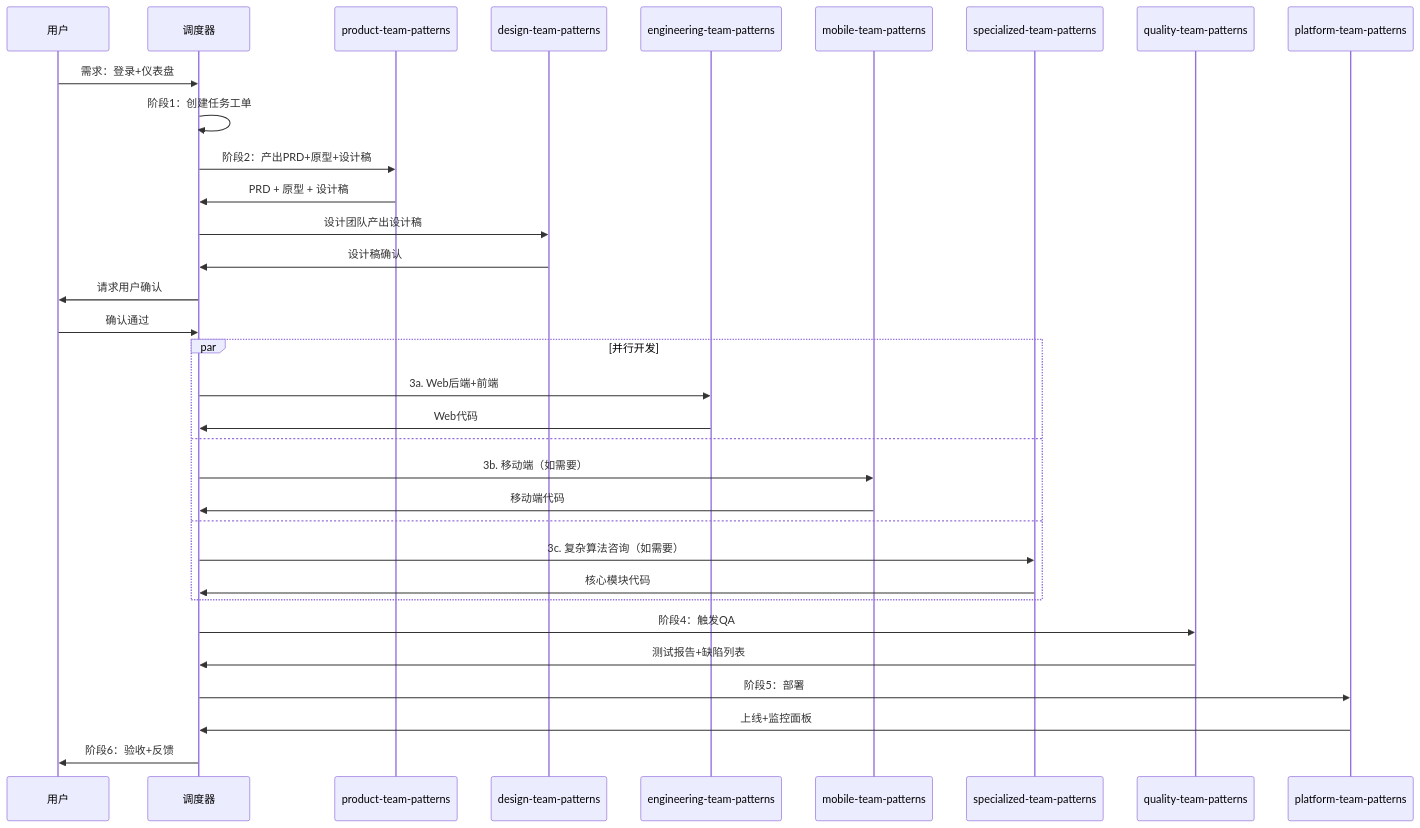
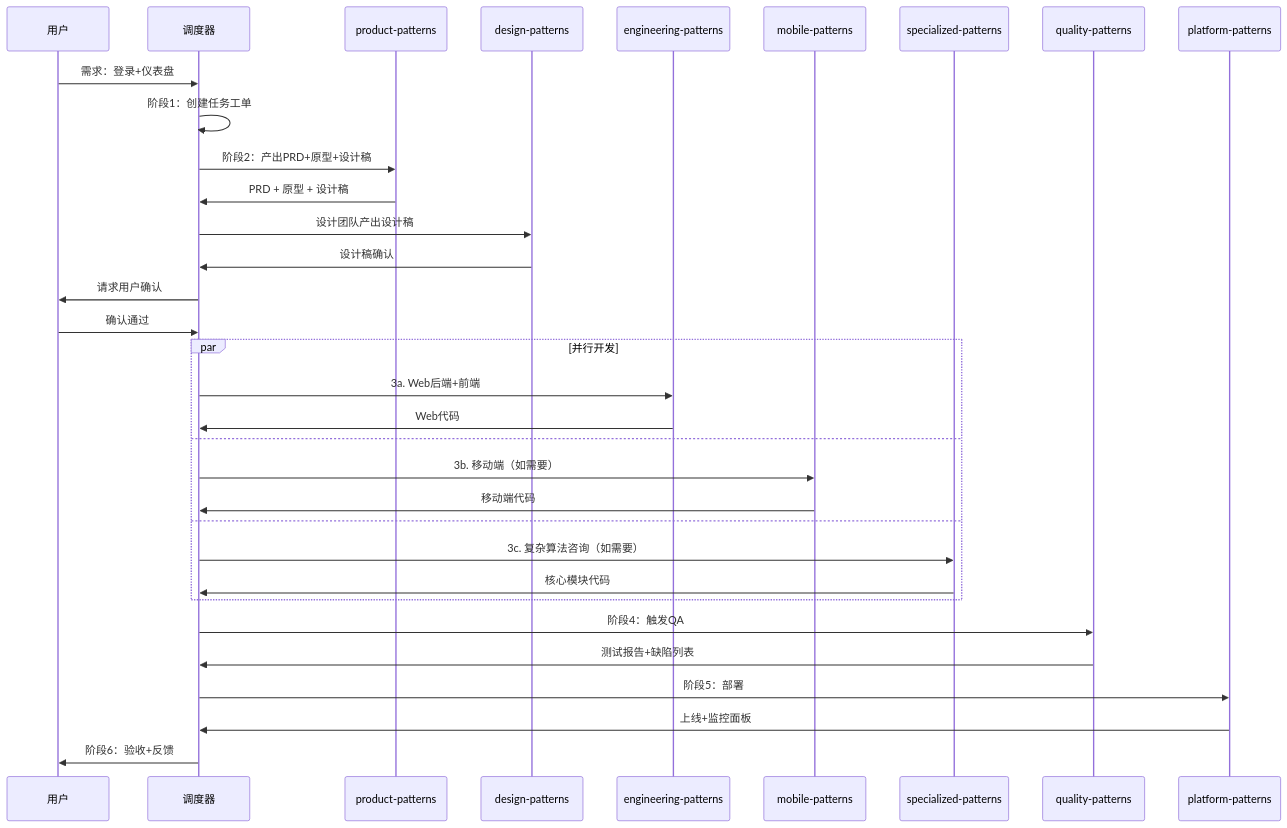
Before and after one commit to Tooooommy/Trae-Workflow: the second of 2 diagrams in agents/orchestrator.md, drawn with Mermaid. The commit also changed other lines of this file and 17 other files, not shown here.

````diff
--- a/agents/orchestrator.md
+++ b/agents/orchestrator.md
@@ -254,36 +254,36 @@
 ```mermaid
 sequenceDiagram
     participant U as 用户
     participant O as 调度器
-    participant P as product-team-patterns
-    participant D as design-team-patterns
-    participant E as engineering-team-patterns
-    participant M as mobile-team-patterns
-    participant S as specialized-team-patterns
-    participant Q as quality-team-patterns
-    participant Ops as platform-team-patterns
+    participant P as product-patterns
+    participant D as design-patterns
+    participant E as engineering-patterns
+    participant M as mobile-patterns
+    participant S as specialized-patterns
+    participant Q as quality-patterns
+    participant Ops as platform-patterns
 
     U->>O: 需求：登录+仪表盘
     O->>O: 阶段1：创建任务工单
     O->>P: 阶段2：产出PRD+原型+设计稿
     P->>O: PRD + 原型 + 设计稿
     O->>D: 设计团队产出设计稿
     D->>O: 设计稿确认
     O->>U: 请求用户确认
     U->>O: 确认通过
     par 并行开发
         O->>E: 3a. Web后端+前端
         E->>O: Web代码
     and
         O->>M: 3b. 移动端（如需要）
         M->>O: 移动端代码
     and
         O->>S: 3c. 复杂算法咨询（如需要）
         S->>O: 核心模块代码
     end
     O->>Q: 阶段4：触发QA
     Q->>O: 测试报告+缺陷列表
     O->>Ops: 阶段5：部署
     Ops->>O: 上线+监控面板
     O->>U: 阶段6：验收+反馈
 ```
````
